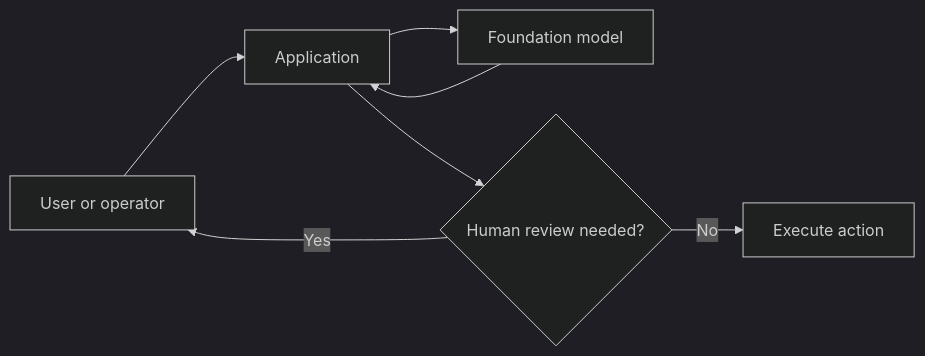
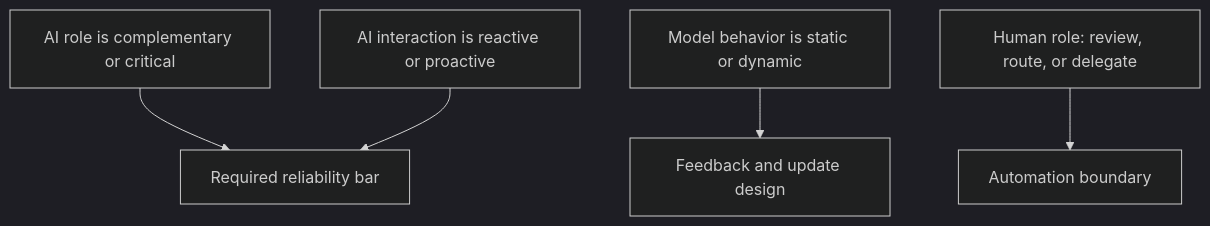
One commit to amendez13/swe-study-guide changed the second of 3 diagrams in content/10_AI_Engineering/01_Introduction_to_Building_AI_Applications_with_Foundation_Models/concepts.md. Above: the diagram before and after it, drawn with Mermaid (dark theme). The commit also changed other lines of this file and 1 other file, not shown here.

````diff
--- a/content/10_AI_Engineering/01_Introduction_to_Building_AI_Applications_with_Foundation_Models/concepts.md
+++ b/content/10_AI_Engineering/01_Introduction_to_Building_AI_Applications_with_Foundation_Models/concepts.md
@@ -146,9 +145,11 @@
 ```mermaid
-flowchart LR
-    A[User or operator] --> B[Application]
-    B --> C[Foundation model]
-    C --> B
-    B --> D{Human review needed?}
-    D -->|Yes| A
-    D -->|No| E[Execute action]
+flowchart TD
+    A[AI role is complementary or critical]
+    B[AI interaction is reactive or proactive]
+    C[Model behavior is static or dynamic]
+    D[Human role: review, route, or delegate]
+    A --> E[Required reliability bar]
+    B --> E
+    C --> F[Feedback and update design]
+    D --> G[Automation boundary]
 ```
````
